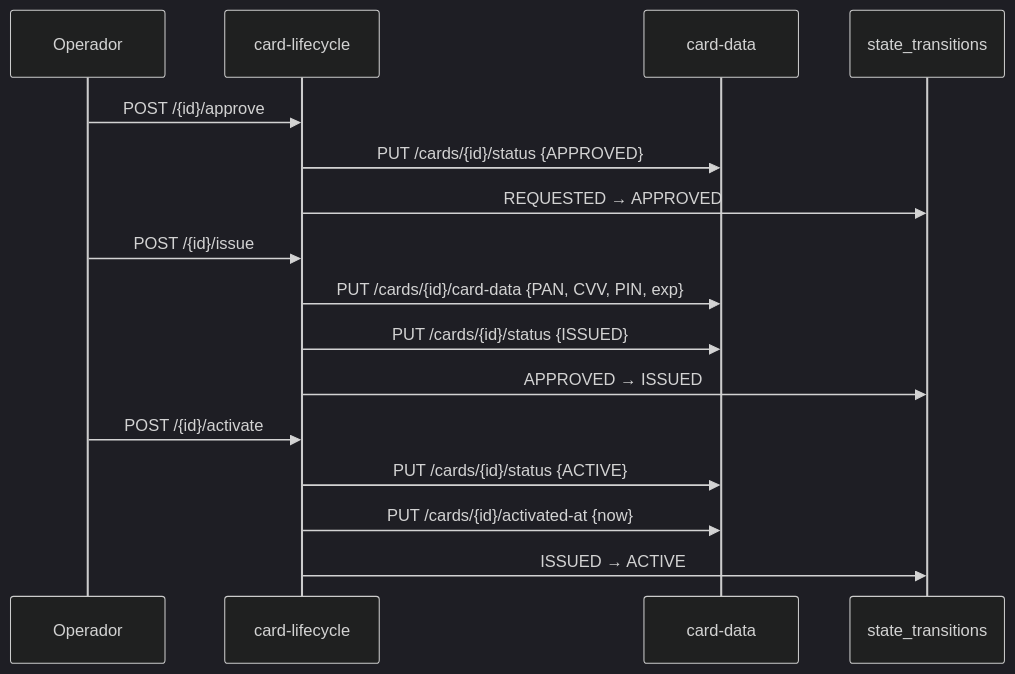
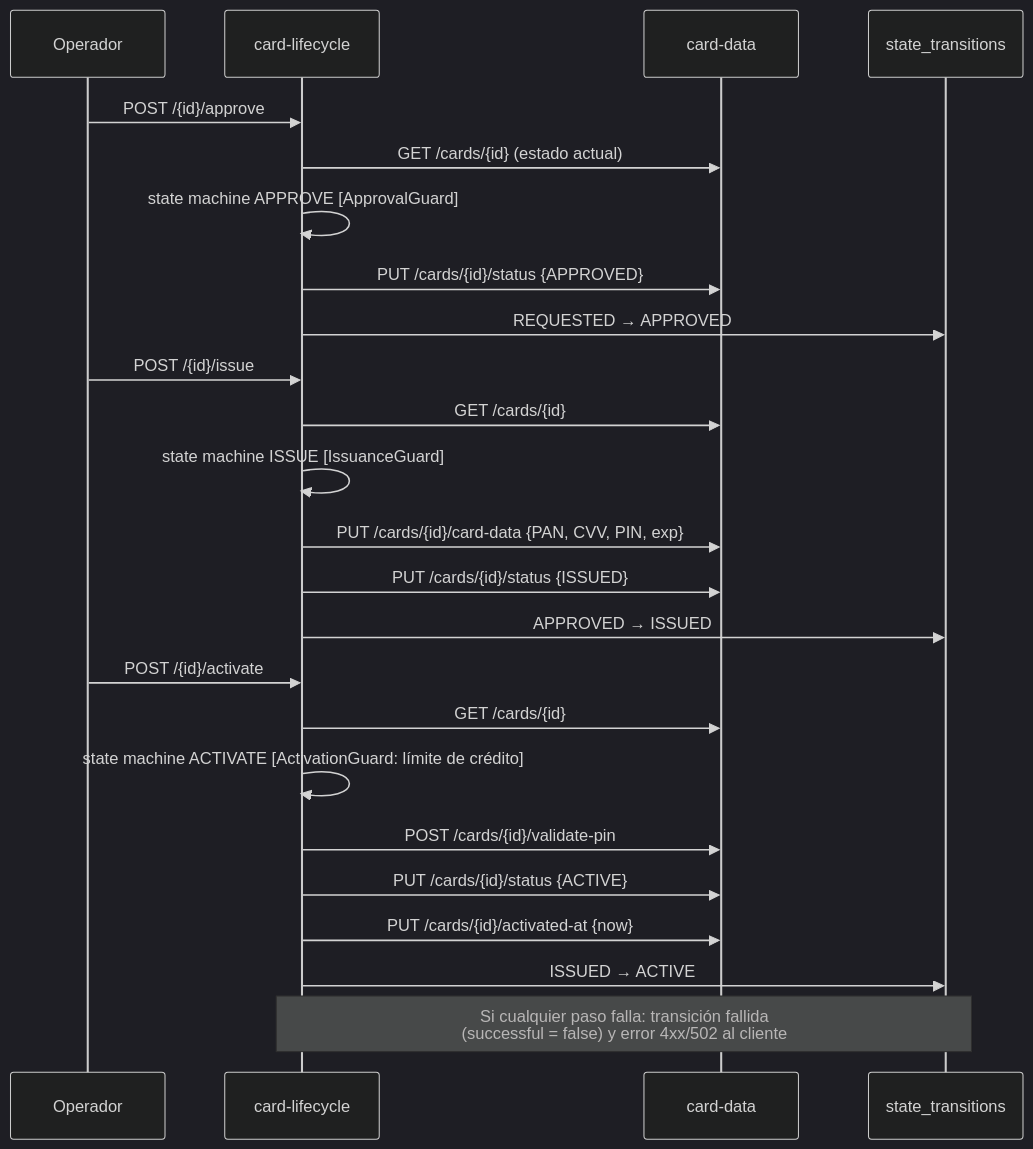
The fourth of 5 diagrams in docs/technical/LIFECYCLE.md (creditcard-managment/card-managment-service), drawn with Mermaid (dark theme) before and after one commit. The commit also changed other lines of this file and 3 other files, not shown here.

First line of the commit message:
docs: update LIFECYCLE, DATA, EVENTS and PAYMENT for the new lifecycle flow

````diff
--- a/docs/technical/LIFECYCLE.md
+++ b/docs/technical/LIFECYCLE.md
@@ -324,21 +332,30 @@
 ```mermaid
 sequenceDiagram
     participant Op as Operador
     participant CL as card-lifecycle
     participant CD as card-data
     participant DB as state_transitions
 
     Op->>CL: POST /{id}/approve
+    CL->>CD: GET /cards/{id} (estado actual)
+    CL->>CL: state machine APPROVE [ApprovalGuard]
     CL->>CD: PUT /cards/{id}/status {APPROVED}
     CL->>DB: REQUESTED → APPROVED
 
     Op->>CL: POST /{id}/issue
+    CL->>CD: GET /cards/{id}
+    CL->>CL: state machine ISSUE [IssuanceGuard]
     CL->>CD: PUT /cards/{id}/card-data {PAN, CVV, PIN, exp}
     CL->>CD: PUT /cards/{id}/status {ISSUED}
     CL->>DB: APPROVED → ISSUED
 
     Op->>CL: POST /{id}/activate
+    CL->>CD: GET /cards/{id}
+    CL->>CL: state machine ACTIVATE [ActivationGuard: límite de crédito]
+    CL->>CD: POST /cards/{id}/validate-pin
     CL->>CD: PUT /cards/{id}/status {ACTIVE}
     CL->>CD: PUT /cards/{id}/activated-at {now}
     CL->>DB: ISSUED → ACTIVE
+
+    Note over CL,DB: Si cualquier paso falla: transición fallida<br/>(successful = false) y error 4xx/502 al cliente
 ```
````
